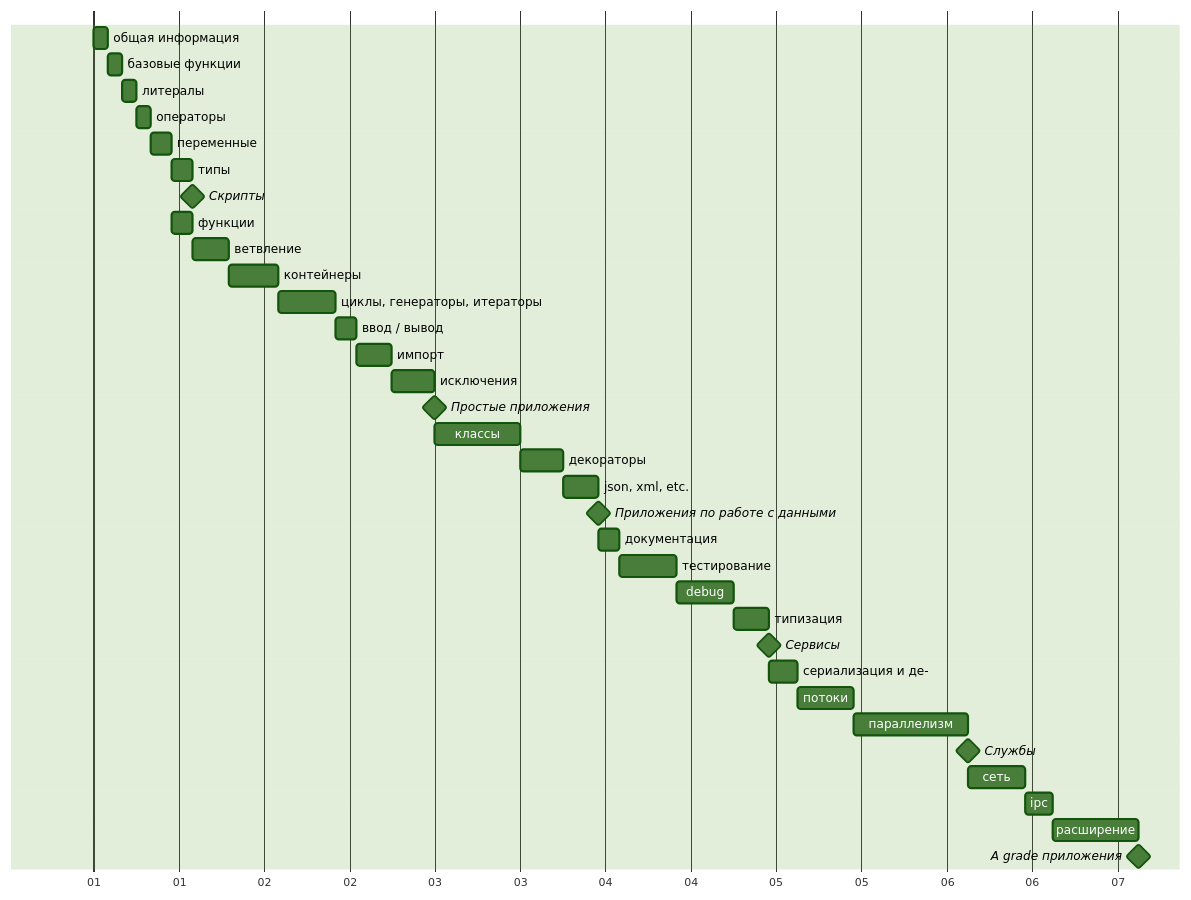
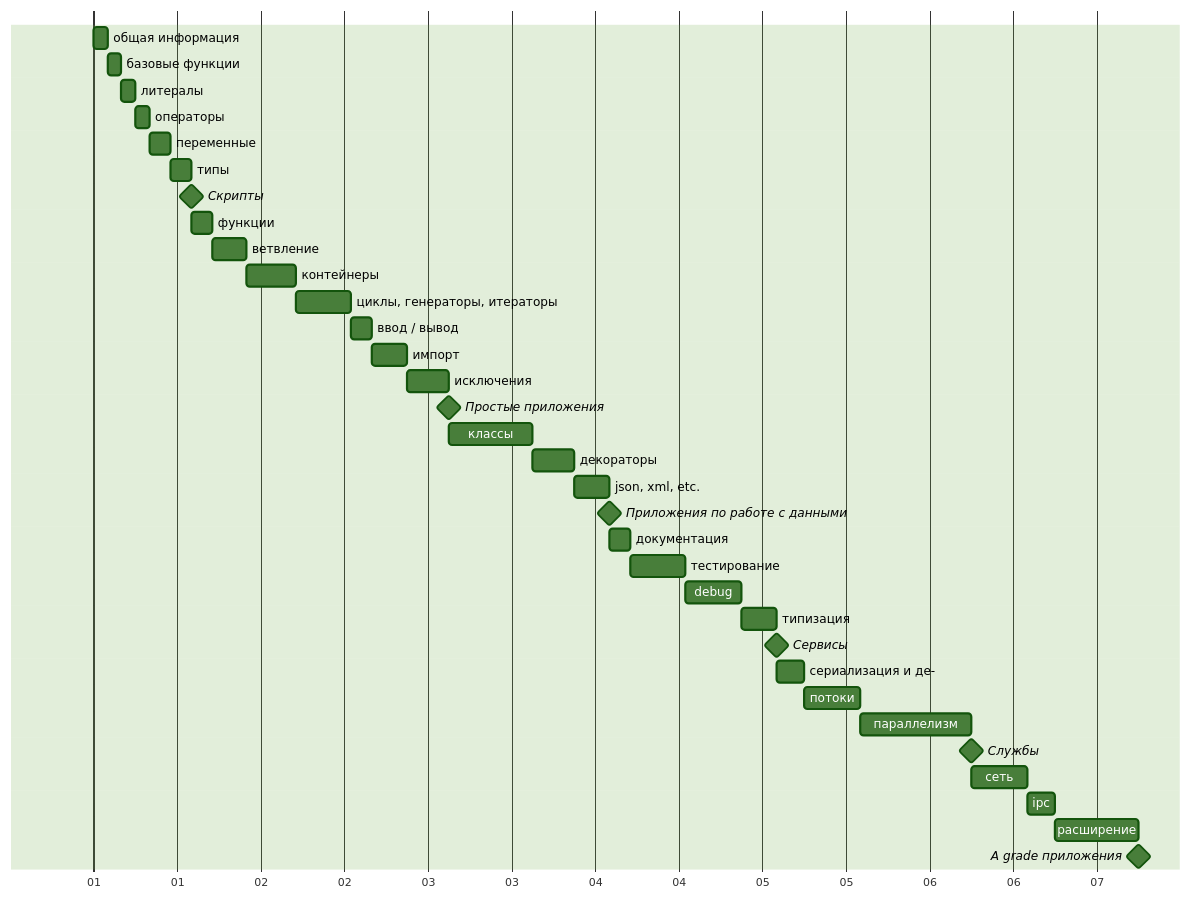
One commit to maxja/pythonic changed the diagram in README.ru.md. Above: the diagram before and after it, drawn with Mermaid. The commit also changed other lines of this file, not shown here.

Commit message:
docs(readme): update numerical types section in russian version

````diff
--- a/README.ru.md
+++ b/README.ru.md
@@ -27,40 +27,40 @@
 ```mermaid
 %%{init: {'theme':'forest'}}%%
 gantt
   dateFormat off
   axisFormat %d
   todayMarker off
 
   общая информация      :general,    0, 2h
   базовые функции       :basic,      after general, 2h
   литералы              :literals,   after basic, 2h
   операторы             :operators,  after literals, 2h
   переменные            :var_const,  after operators, 3h
   типы                  :types,      after var_const, 3h
   Скрипты :milestone, m1
-  функции               :def,        after var_const, 3h
+  функции               :def,        after types, 3h
   ветвление             :branching,  after def, 5h
   контейнеры            :containers, after branching, 7h
   циклы, генераторы, итераторы :loops, after containers, 8h
   ввод / вывод          :io,         after loops, 3h
   импорт                :import,     after io, 5h
   исключения            :exceptions, after import, 6h
   Простые приложения :milestone, m2
   классы                :class,      after exceptions, 12h
   декораторы            :decorators, after class, 6h
   json, xml, etc.       :file_formats, after decorators, 5h
   Приложения по работе с данными :milestone, m3
   документация          :docs,       after file_formats, 3h
   тестирование          :testing,    after docs, 8h
   debug                 :debug,      after testing, 8h
   типизация             :type_system, after debug, 5h
   Сервисы :milestone, m4
   сериализация и де-    :serialization, after type_system, 4h
   потоки                :streams, after serialization, 8h
   параллелизм           :concurrency, after streams, 16h
   Службы :milestone, m5
   сеть                  :net, after concurrency, 8h
   ipc                   :ipc, after net, 4h
   расширение            :extensions, after ipc, 12h
   A grade приложения :milestone, m6
 ```
````
